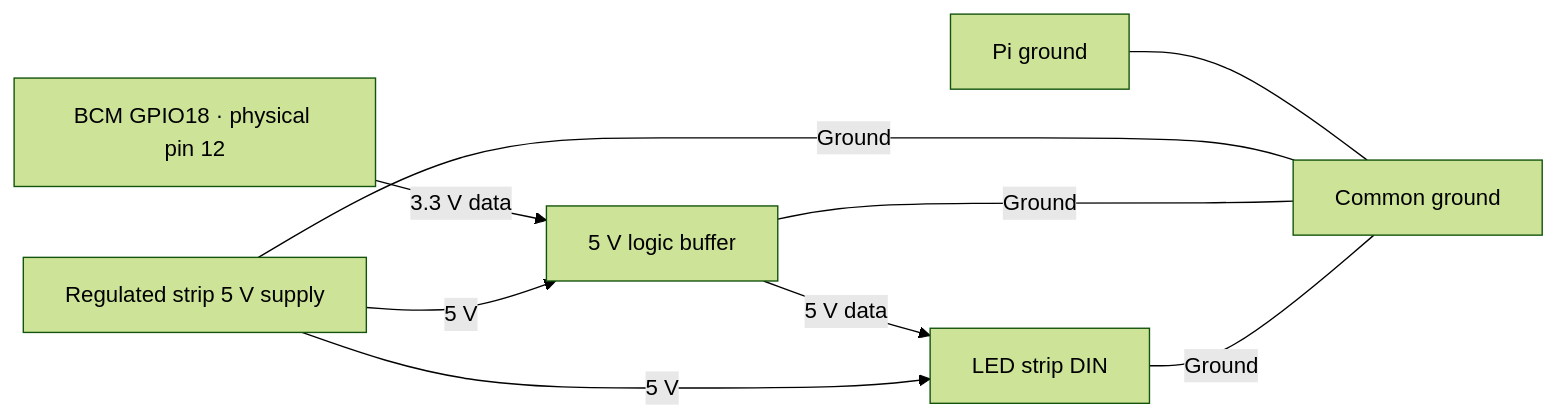
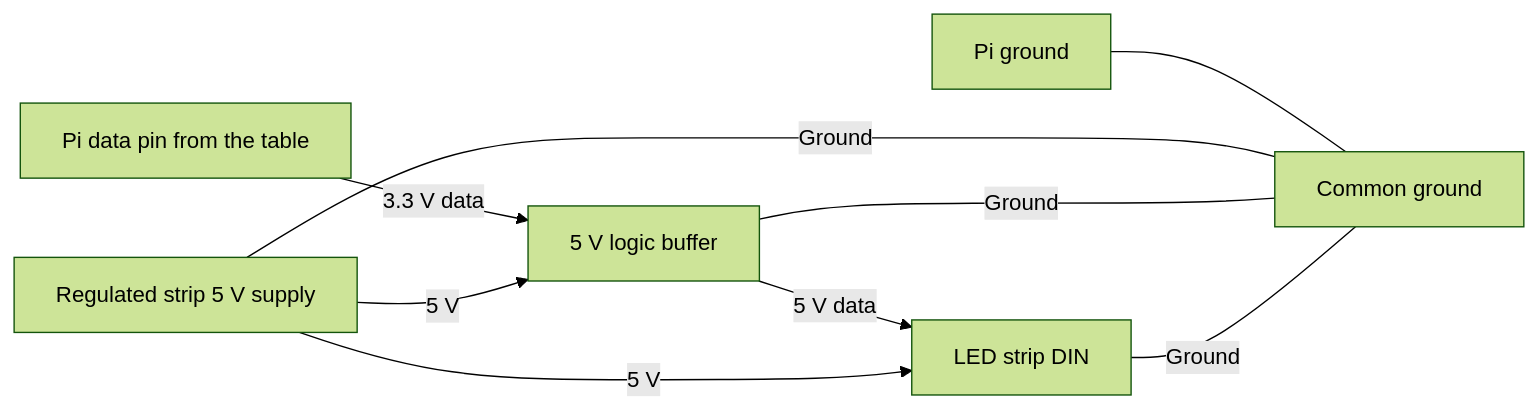
Before and after one commit to jeffhudesman/vacation-ghost: the diagram in docs/hardware.md, drawn with Mermaid (forest theme). The commit also changed other lines of this file and 8 other files, not shown here.

````diff
--- a/docs/hardware.md
+++ b/docs/hardware.md
@@ -54,11 +62,11 @@
 ```mermaid
 flowchart LR
-    Pi["BCM GPIO18 · physical pin 12"] -->|3.3 V data| Buffer["5 V logic buffer"]
+    Pi["Pi data pin from the table"] -->|3.3 V data| Buffer["5 V logic buffer"]
     Buffer -->|5 V data| Strip["LED strip DIN"]
     PS["Regulated strip 5 V supply"] -->|5 V| Buffer
     PS -->|5 V| Strip
     PG["Pi ground"] --- G["Common ground"]
     PS ---|Ground| G
     Buffer ---|Ground| G
     Strip ---|Ground| G
 ```
````
